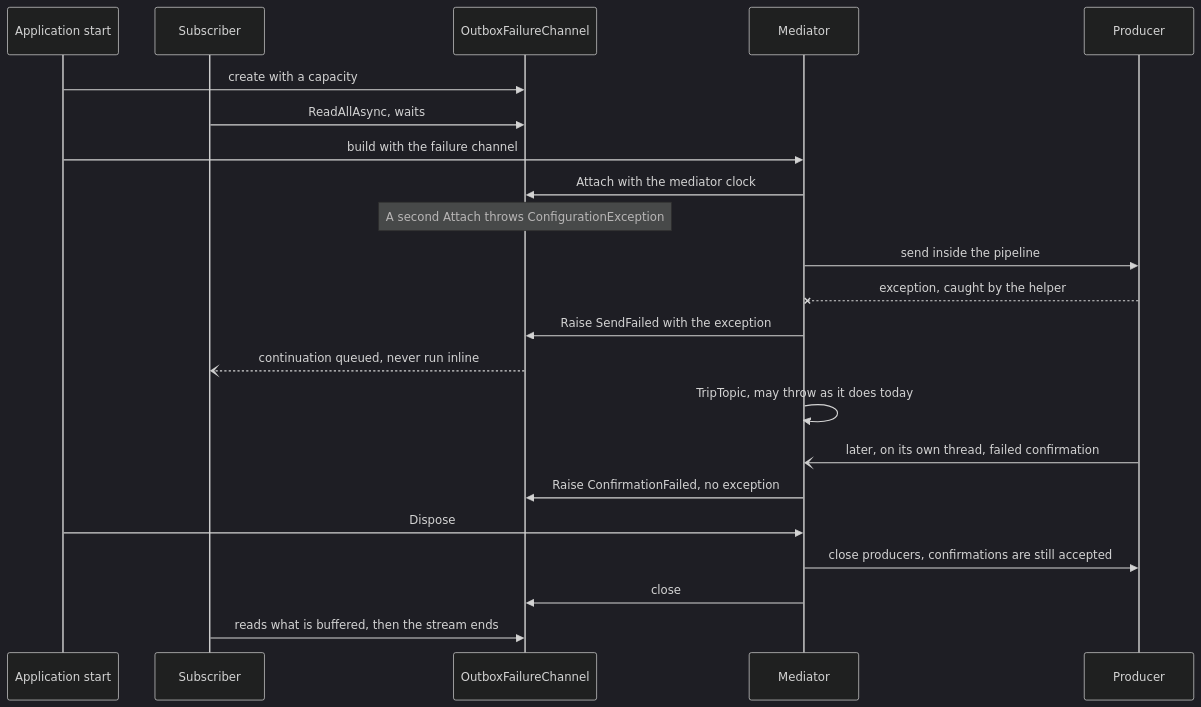
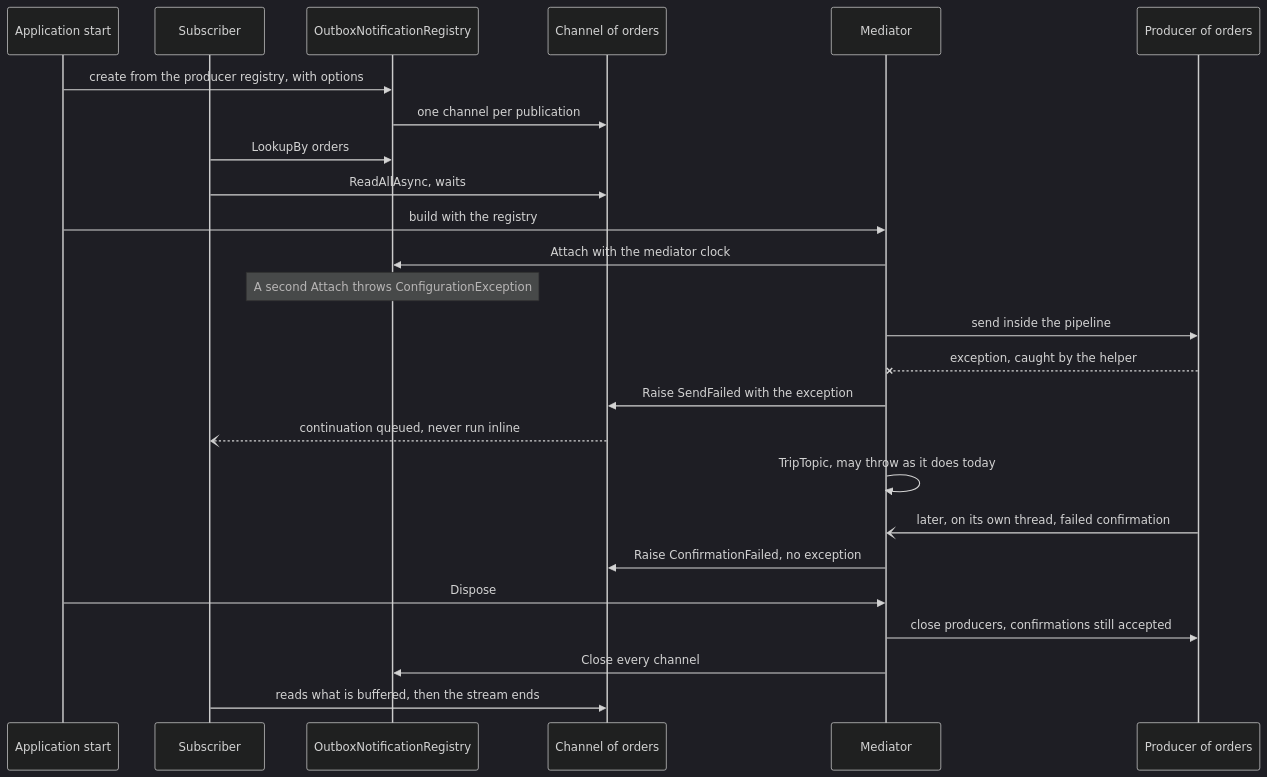
The first of 3 diagrams in docs/adr/0093-outbox-failure-channel.md (BrighterCommand/Brighter), drawn with Mermaid (dark theme) before and after one commit. The commit also changed other lines of this file and 1 other file, not shown here.

````diff
--- a/docs/adr/0093-outbox-failure-channel.md
+++ b/docs/adr/0093-outbox-failure-channel.md
@@ -96,25 +123,28 @@
 ```mermaid
 sequenceDiagram
     participant App as Application start
     participant Sub as Subscriber
-    participant Failures as OutboxFailureChannel
+    participant Reg as OutboxNotificationRegistry
+    participant Chan as Channel of orders
     participant Med as Mediator
-    participant Prod as Producer
+    participant Prod as Producer of orders
 
-    App->>Failures: create with a capacity
-    Sub->>Failures: ReadAllAsync, waits
-    App->>Med: build with the failure channel
-    Med->>Failures: Attach with the mediator clock
-    Note over Failures: A second Attach throws ConfigurationException
+    App->>Reg: create from the producer registry, with options
+    Reg->>Chan: one channel per publication
+    Sub->>Reg: LookupBy orders
+    Sub->>Chan: ReadAllAsync, waits
+    App->>Med: build with the registry
+    Med->>Reg: Attach with the mediator clock
+    Note over Reg: A second Attach throws ConfigurationException
     Med->>Prod: send inside the pipeline
     Prod--xMed: exception, caught by the helper
-    Med->>Failures: Raise SendFailed with the exception
-    Failures--)Sub: continuation queued, never run inline
+    Med->>Chan: Raise SendFailed with the exception
+    Chan--)Sub: continuation queued, never run inline
     Med->>Med: TripTopic, may throw as it does today
     Prod-)Med: later, on its own thread, failed confirmation
-    Med->>Failures: Raise ConfirmationFailed, no exception
+    Med->>Chan: Raise ConfirmationFailed, no exception
     App->>Med: Dispose
-    Med->>Prod: close producers, confirmations are still accepted
-    Med->>Failures: close
-    Sub->>Failures: reads what is buffered, then the stream ends
+    Med->>Prod: close producers, confirmations still accepted
+    Med->>Reg: Close every channel
+    Sub->>Chan: reads what is buffered, then the stream ends
 ```
````
